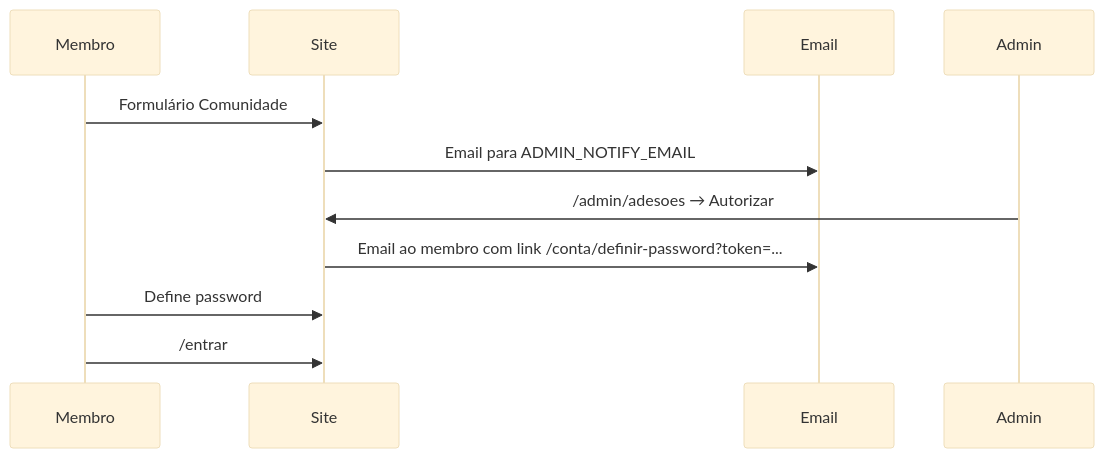
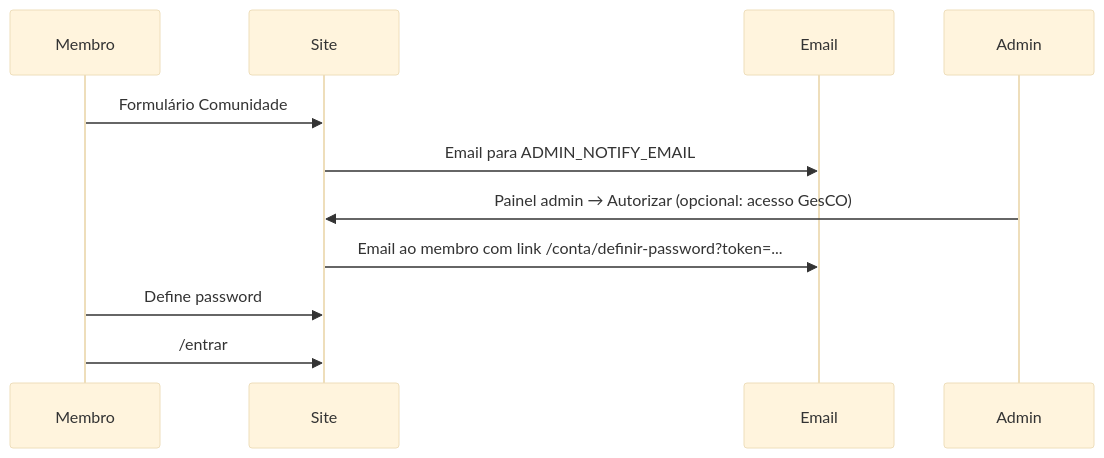
Before and after one commit to tfazenda1980/ocarrista: the diagram in content/MEMBROS.md, drawn with Mermaid (base theme). The commit also changed other lines of this file and 17 other files, not shown here.

````diff
--- a/content/MEMBROS.md
+++ b/content/MEMBROS.md
@@ -14,14 +14,14 @@
 ```mermaid
 sequenceDiagram
   participant M as Membro
   participant S as Site
   participant E as Email
   participant A as Admin
 
   M->>S: Formulário Comunidade
   S->>E: Email para ADMIN_NOTIFY_EMAIL
-  A->>S: /admin/adesoes → Autorizar
+  A->>S: Painel admin → Autorizar (opcional: acesso GesCO)
   S->>E: Email ao membro com link /conta/definir-password?token=...
   M->>S: Define password
   M->>S: /entrar
 ```
````
